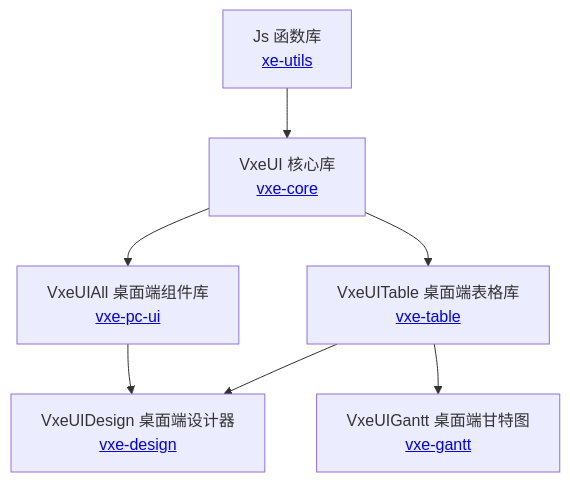
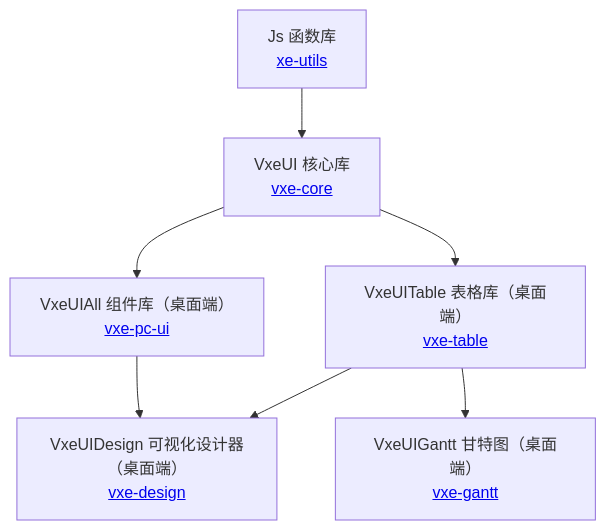
One commit to x-extends/vxe-ui-docs changed the first of 4 diagrams in framework.md. Above: the diagram before and after it, drawn with Mermaid.

````diff
--- a/framework.md
+++ b/framework.md
@@ -3,9 +3,9 @@
 ```mermaid
 graph TD;
     xe-utils[Js 函数库<br><a href="https://github.com/x-extends/xe-utils" target="_blank">xe-utils</a>]-->vxe-core[VxeUI 核心库<br><a href="https://github.com/x-extends/vxe-core" target="_blank">vxe-core</a>];
-    vxe-core-->vxe-pc-ui[VxeUIAll 桌面端组件库<br><a href="https://github.com/x-extends/vxe-pc-ui" target="_blank">vxe-pc-ui</a>];
-    vxe-core-->vxe-table[VxeUITable 桌面端表格库<br><a href="https://github.com/x-extends/vxe-table" target="_blank">vxe-table</a>];
-    vxe-table-->vxe-gantt[VxeUIGantt 桌面端甘特图<br><a href="https://github.com/x-extends/vxe-gantt" target="_blank">vxe-gantt</a>];
-    vxe-pc-ui-->vxe-design[VxeUIDesign 桌面端设计器<br><a href="https://github.com/x-extends/vxe-design" target="_blank">vxe-design</a>];
+    vxe-core-->vxe-pc-ui[VxeUIAll 组件库（桌面端）<br><a href="https://github.com/x-extends/vxe-pc-ui" target="_blank">vxe-pc-ui</a>];
+    vxe-core-->vxe-table[VxeUITable 表格库（桌面端）<br><a href="https://github.com/x-extends/vxe-table" target="_blank">vxe-table</a>];
+    vxe-table-->vxe-gantt[VxeUIGantt 甘特图（桌面端）<br><a href="https://github.com/x-extends/vxe-gantt" target="_blank">vxe-gantt</a>];
+    vxe-pc-ui-->vxe-design[VxeUIDesign 可视化设计器（桌面端）<br><a href="https://github.com/x-extends/vxe-design" target="_blank">vxe-design</a>];
     vxe-table-->vxe-design;
 ```
````
